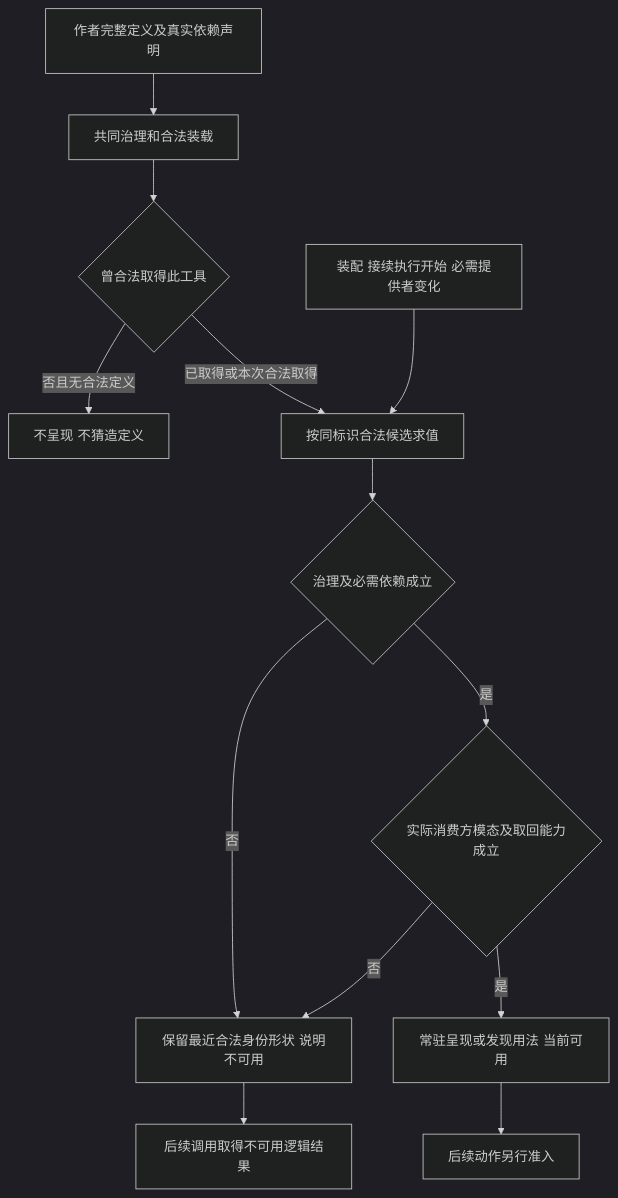
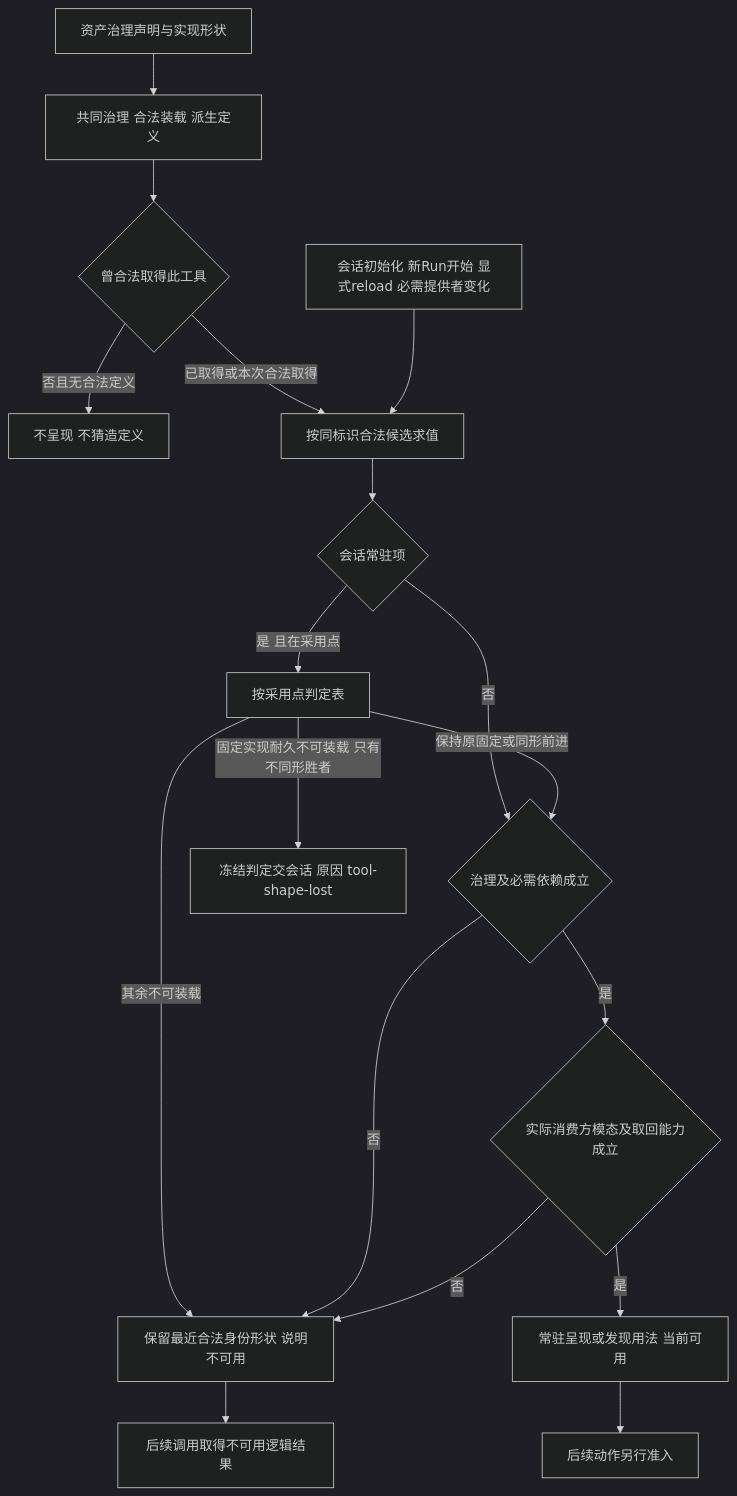
Before and after one commit to nemori-ai/omne-harness-lite: the tenth of 16 diagrams in packages/tool/tool-contract/docs/flows.md, drawn with Mermaid (dark theme). The commit also changed other lines of this file and 27 other files, not shown here.

````diff
--- a/packages/tool/tool-contract/docs/flows.md
+++ b/packages/tool/tool-contract/docs/flows.md
@@ -398,15 +398,20 @@
 ```mermaid
 flowchart TD
-    D[作者完整定义及真实依赖声明] --> G[共同治理和合法装载]
+    D[资产治理声明与实现形状] --> G[共同治理 合法装载 派生定义]
     G --> K{曾合法取得此工具}
     K -->|否且无合法定义| Hide[不呈现 不猜造定义]
     K -->|已取得或本次合法取得| S[按同标识合法候选求值]
-    S --> A{治理及必需依赖成立}
+    S --> R{会话常驻项}
+    R -->|否| A{治理及必需依赖成立}
+    R -->|是 且在采用点| J[按采用点判定表]
+    J -->|保持原固定或同形前进| A
+    J -->|固定实现耐久不可装载 只有不同形胜者| Freeze[冻结判定交会话 原因 tool-shape-lost]
+    J -->|其余不可装载| U
     A -->|否| U[保留最近合法身份形状 说明不可用]
     A -->|是| M{实际消费方模态及取回能力成立}
     M -->|否| U
     M -->|是| P[常驻呈现或发现用法 当前可用]
-    Change[装配 接续执行开始 必需提供者变化] --> S
+    Change[会话初始化 新Run开始 显式reload 必需提供者变化] --> S
     P --> Call[后续动作另行准入]
     U --> Dummy[后续调用取得不可用逻辑结果]
 ```
````
